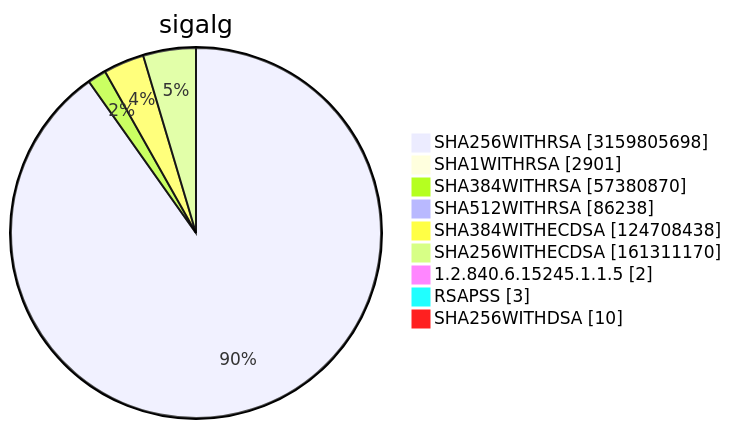
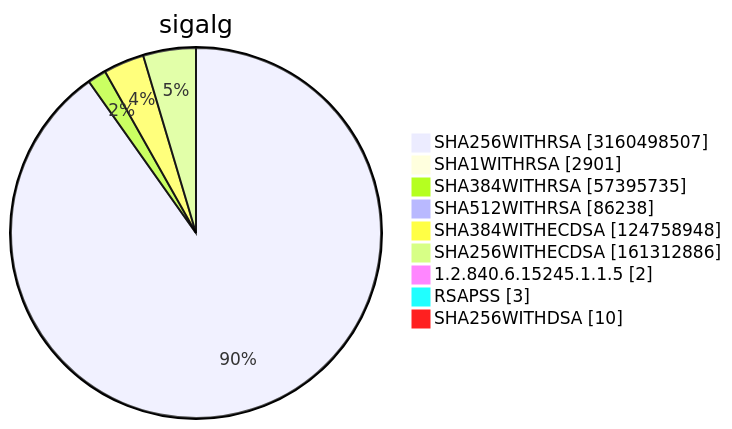
Before and after one commit to christiankrug/ctmonitor_visualization: diagram 15 of 15 in TOTAL/README.md, drawn with Mermaid. The commit also changed other lines of this file, not shown here.

````diff
--- a/TOTAL/README.md
+++ b/TOTAL/README.md
@@ -6215,13 +6215,13 @@
 ```mermaid
 pie showData
 title sigalg
-"SHA256WITHRSA" :3159805698
+"SHA256WITHRSA" :3160498507
 "SHA1WITHRSA" :2901
-"SHA384WITHRSA" :57380870
+"SHA384WITHRSA" :57395735
 "SHA512WITHRSA" :86238
-"SHA384WITHECDSA" :124708438
-"SHA256WITHECDSA" :161311170
+"SHA384WITHECDSA" :124758948
+"SHA256WITHECDSA" :161312886
 "1.2.840.6.15245.1.1.5" :2
 "RSAPSS" :3
 "SHA256WITHDSA" :10
 ```
````
